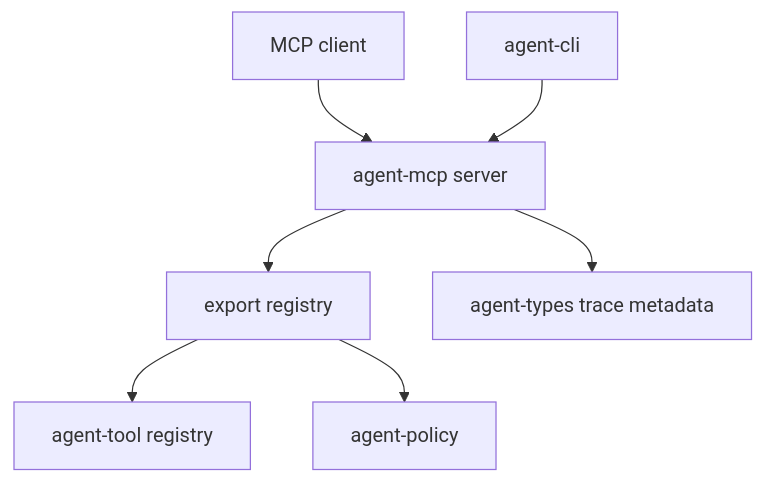
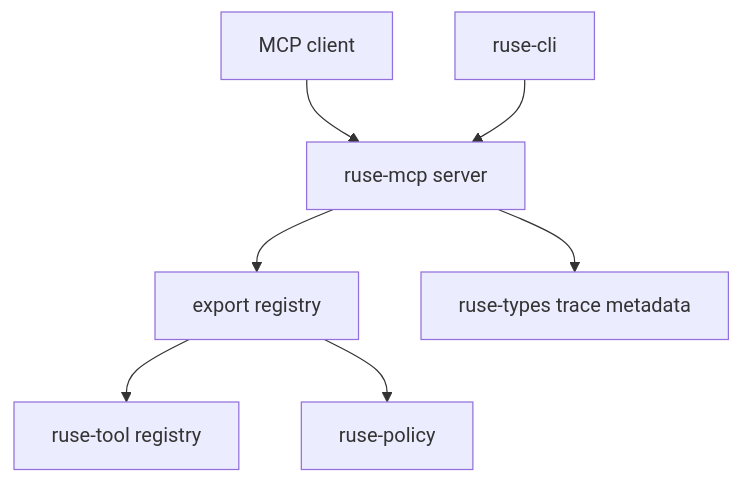
Before and after one commit to poneding/agent: the diagram in docs/specs/M30-mcp-server-export.spec.md, drawn with Mermaid. The commit also changed other lines of this file and 2091 other files, not shown here.

First line of the commit message:
refactor: rename agent branding to ruse

````diff
--- a/docs/specs/M30-mcp-server-export.spec.md
+++ b/docs/specs/M30-mcp-server-export.spec.md
@@ -31,9 +31,9 @@
 ```mermaid
 flowchart TD
-  Client["MCP client"] --> Server["agent-mcp server"]
+  Client["MCP client"] --> Server["ruse-mcp server"]
   Server --> Export["export registry"]
-  Export --> Tools["agent-tool registry"]
-  Export --> Policy["agent-policy"]
-  Server --> Events["agent-types trace metadata"]
-  CLI["agent-cli"] --> Server
+  Export --> Tools["ruse-tool registry"]
+  Export --> Policy["ruse-policy"]
+  Server --> Events["ruse-types trace metadata"]
+  CLI["ruse-cli"] --> Server
 ```
````
